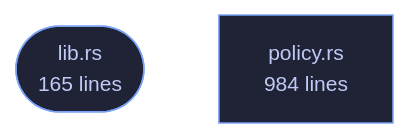
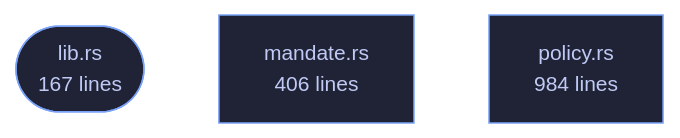
The diagram in wiki/Crate-veilvoice-policy.md (tilas01/veilvoice), drawn with Mermaid before and after one commit. The commit also changed other lines of this file and 43 other files, not shown here.

````diff
--- a/wiki/Crate-veilvoice-policy.md
+++ b/wiki/Crate-veilvoice-policy.md
@@ -91,8 +91,10 @@
 ```mermaid
 %%{init: {"theme":"base","themeVariables":{"background":"#1a1b26","primaryColor":"#1f2335","primaryTextColor":"#c0caf5","primaryBorderColor":"#7aa2f7","secondaryColor":"#16161e","tertiaryColor":"#16161e","lineColor":"#737aa2","textColor":"#c0caf5","mainBkg":"#1f2335","nodeBorder":"#7aa2f7","clusterBkg":"#16161e","clusterBorder":"#2f3549","fontFamily":"ui-monospace, SFMono-Regular, Consolas, monospace","fontSize":"14px"}}}%%
 flowchart TD
-    n_lib(["lib.rs<br/>165 lines"])
+    n_lib(["lib.rs<br/>167 lines"])
+    n_mandate["mandate.rs<br/>406 lines"]
     n_policy["policy.rs<br/>984 lines"]
     click n_lib href "https://github.com/tilas01/veilvoice/blob/main/crates/veilvoice-policy/src/lib.rs" "open the source"
+    click n_mandate href "https://github.com/tilas01/veilvoice/blob/main/crates/veilvoice-policy/src/mandate.rs" "open the source"
     click n_policy href "https://github.com/tilas01/veilvoice/blob/main/crates/veilvoice-policy/src/policy.rs" "open the source"
 ```
````
